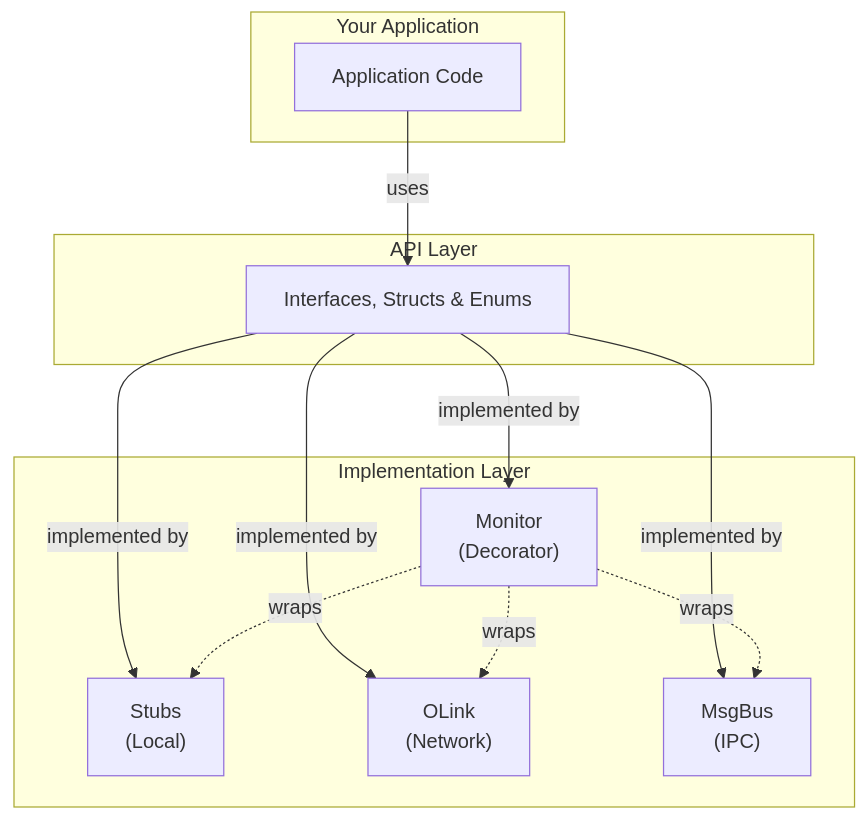
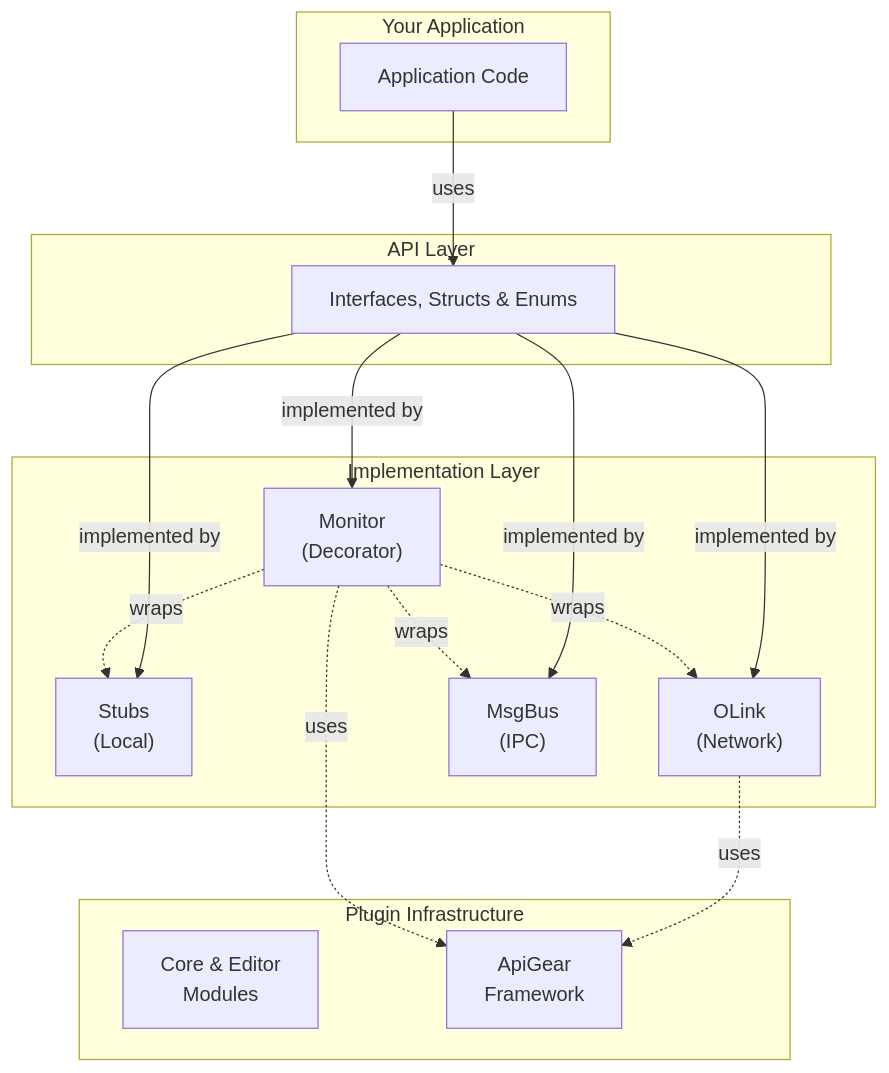
The diagram in docs/docs/features/features.md (apigear-io/template-unreal), drawn with Mermaid before and after one commit. The commit also changed other lines of this file, not shown here.

Commit message:
docs(plugin): add feature documentation

````diff
--- a/docs/docs/features/features.md
+++ b/docs/docs/features/features.md
@@ -68,26 +50,33 @@
 ```mermaid
 graph TD
     subgraph Application[" Your Application "]
         App[Application Code]
     end
 
     subgraph API[" API Layer "]
         Interface[Interfaces, Structs & Enums]
     end
 
     subgraph Implementations[" Implementation Layer "]
         Stubs["Stubs<br/>(Local)"]
         OLink["OLink<br/>(Network)"]
         MsgBus["MsgBus<br/>(IPC)"]
         Monitor["Monitor<br/>(Decorator)"]
     end
 
+    subgraph Infrastructure[" Plugin Infrastructure "]
+        Plugin["Core & Editor<br/>Modules"]
+        ApiGear["ApiGear<br/>Framework"]
+    end
+
     App -->|uses| Interface
     Interface -->|implemented by| Stubs
     Interface -->|implemented by| OLink
     Interface -->|implemented by| MsgBus
     Interface -->|implemented by| Monitor
     Monitor -.->|wraps| Stubs
     Monitor -.->|wraps| OLink
     Monitor -.->|wraps| MsgBus
+    OLink -.->|uses| ApiGear
+    Monitor -.->|uses| ApiGear
 ```
````
